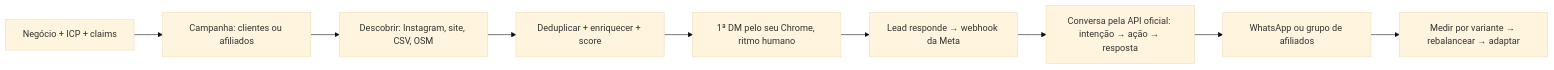
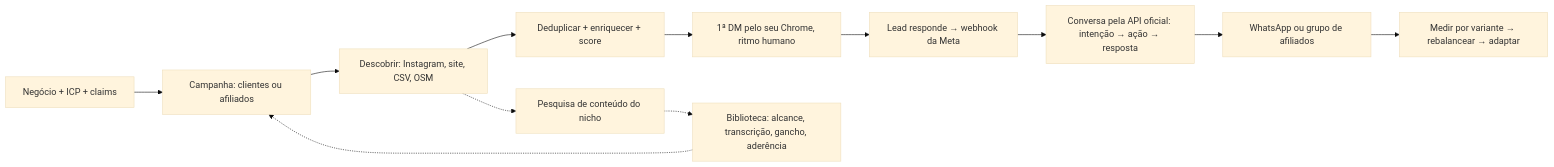
The diagram in README.md (thallisribeiro/leadhunter), drawn with Mermaid (base theme) before and after one commit. The commit also changed other lines of this file and 16 other files, not shown here.

First line of the commit message:
feat: painel de primeiros passos com a base de leads, biblioteca de conteúdo do nicho e README próprio

````diff
--- a/README.md
+++ b/README.md
@@ -11,11 +22,14 @@
 ```mermaid
 flowchart LR
     A[Negócio + ICP + claims] --> B[Campanha: clientes ou afiliados]
     B --> C[Descobrir: Instagram, site, CSV, OSM]
     C --> D[Deduplicar + enriquecer + score]
     D --> E[1ª DM pelo seu Chrome, ritmo humano]
     E --> F[Lead responde → webhook da Meta]
     F --> G[Conversa pela API oficial: intenção → ação → resposta]
     G --> H[WhatsApp ou grupo de afiliados]
     H --> I[Medir por variante → rebalancear → adaptar]
+    C -.-> J[Pesquisa de conteúdo do nicho]
+    J -.-> K[Biblioteca: alcance, transcrição, gancho, aderência]
+    K -.-> B
 ```
````
